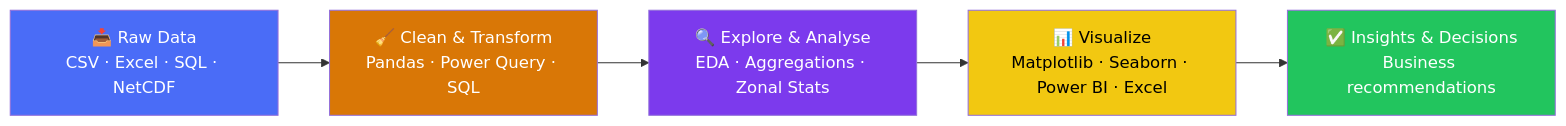
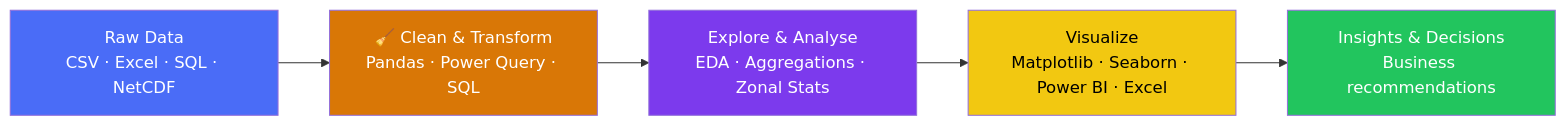
The seventh of 7 diagrams in README.md (a-r-ashik/Data-Analysis), drawn with Mermaid before and after one commit. The commit also changed other lines of this file, not shown here.

````diff
--- a/README.md
+++ b/README.md
@@ -401,13 +401,13 @@
 ```mermaid
 flowchart LR
-    A[📥 Raw Data\nCSV · Excel · SQL · NetCDF] --> B[🧹 Clean & Transform\nPandas · Power Query · SQL]
-    B --> C[🔍 Explore & Analyse\nEDA · Aggregations · Zonal Stats]
-    C --> D[📊 Visualize\nMatplotlib · Seaborn · Power BI · Excel]
-    D --> E[✅ Insights & Decisions\nBusiness recommendations]
+    A[ Raw Data\nCSV · Excel · SQL · NetCDF] --> B[🧹 Clean & Transform\nPandas · Power Query · SQL]
+    B --> C[ Explore & Analyse\nEDA · Aggregations · Zonal Stats]
+    C --> D[ Visualize\nMatplotlib · Seaborn · Power BI · Excel]
+    D --> E[ Insights & Decisions\nBusiness recommendations]
 
     style A fill:#4a6cf7,color:#fff
     style B fill:#D97706,color:#fff
     style C fill:#7C3AED,color:#fff
     style D fill:#F2C811,color:#000
     style E fill:#22C55E,color:#fff
 ```
````
